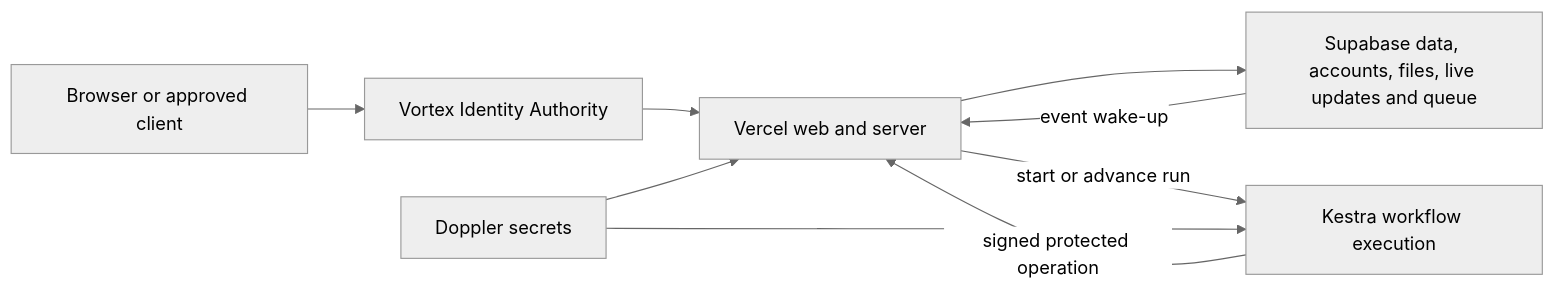
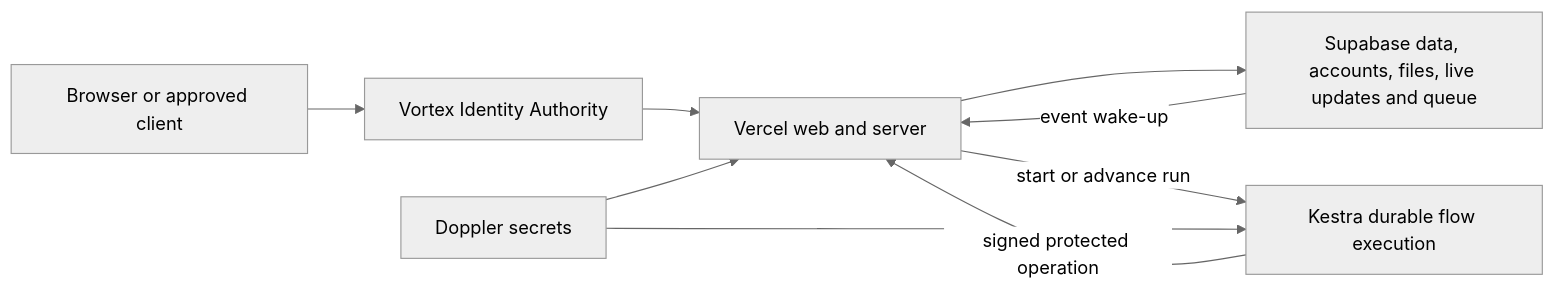
One commit to Abzum-NZ/Abzum-Vortex changed the first of 8 diagrams in docs/specification/17-runtime-storage-and-caching.md. Above: the diagram before and after it, drawn with Mermaid (neutral theme). The commit also changed other lines of this file and 6 other files, not shown here.

First line of the commit message:
#978 Align the workflow, application and runtime-service specification with the flow language

````diff
--- a/docs/specification/17-runtime-storage-and-caching.md
+++ b/docs/specification/17-runtime-storage-and-caching.md
@@ -25,11 +25,11 @@
 ```mermaid
 flowchart LR
     PERSON[Browser or approved client] --> IDP[Vortex Identity Authority]
     IDP --> VERCEL[Vercel web and server]
     VERCEL --> SUPA[Supabase data, accounts, files, live updates and queue]
     SUPA -->|event wake-up| VERCEL
-    VERCEL -->|start or advance run| KESTRA[Kestra workflow execution]
+    VERCEL -->|start or advance run| KESTRA[Kestra durable flow execution]
     KESTRA -->|signed protected operation| VERCEL
     DOPPLER[Doppler secrets] --> VERCEL
     DOPPLER --> KESTRA
 ```
````
